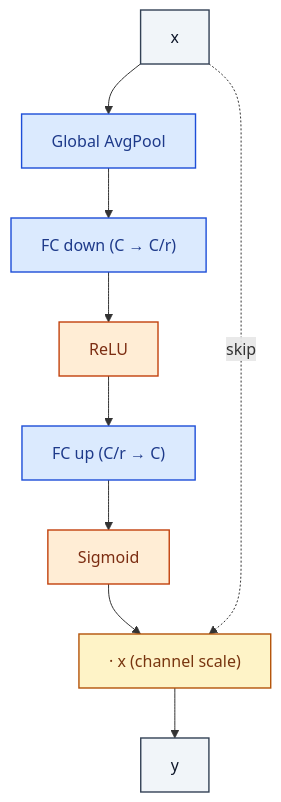
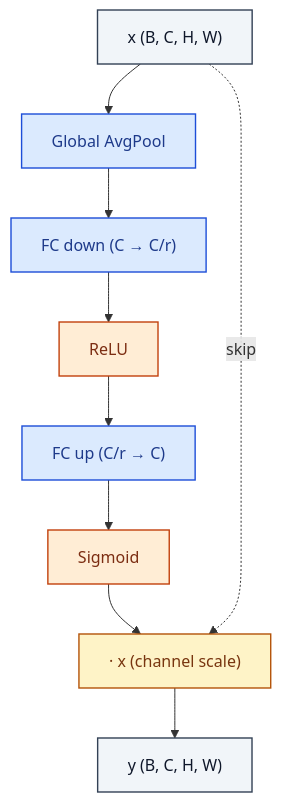
One commit to RealityShifts/Srivastava-book-of-Blocks-diagrams changed the diagram in cnn_vision/SqueezeExcitation.md. Above: the diagram before and after it, drawn with Mermaid. The commit also changed 123 other files, not shown here.

````diff
--- a/cnn_vision/SqueezeExcitation.md
+++ b/cnn_vision/SqueezeExcitation.md
@@ -7,28 +7,29 @@
 ```mermaid
 flowchart TD
-    n0_0["x"]:::io
+    n0_0["x  (B, C, H, W)"]:::io
     n1_0["Global AvgPool"]:::op
     n2_0["FC down  (C → C/r)"]:::op
     n3_0["ReLU"]:::act
     n4_0["FC up  (C/r → C)"]:::op
     n5_0["Sigmoid"]:::act
     n6_0["· x  (channel scale)"]:::merge
-    n7_0["y"]:::io
+    n7_0["y  (B, C, H, W)"]:::io
     n0_0 --> n1_0
     n1_0 --> n2_0
     n2_0 --> n3_0
     n3_0 --> n4_0
     n4_0 --> n5_0
     n5_0 --> n6_0
     n6_0 --> n7_0
     n0_0 -. skip .-> n6_0
     classDef io fill:#f1f5f9,stroke:#334155,stroke-width:1.4px,color:#0f172a
     classDef op fill:#dbeafe,stroke:#1d4ed8,stroke-width:1.4px,color:#1e3a8a
     classDef norm fill:#dcfce7,stroke:#15803d,stroke-width:1.4px,color:#14532d
     classDef act fill:#ffedd5,stroke:#c2410c,stroke-width:1.4px,color:#7c2d12
     classDef attn fill:#ede9fe,stroke:#6d28d9,stroke-width:1.4px,color:#4c1d95
     classDef merge fill:#fef3c7,stroke:#b45309,stroke-width:1.4px,color:#78350f
     classDef emb fill:#fef9c3,stroke:#a16207,stroke-width:1.4px,color:#713f12
     classDef loss fill:#fee2e2,stroke:#b91c1c,stroke-width:1.4px,color:#7f1d1d
     classDef ctrl fill:#f5f5f4,stroke:#52525b,stroke-width:1.4px,color:#27272a
+    classDef ref fill:#e0f2fe,stroke:#0369a1,stroke-width:2px,color:#0c4a6e,stroke-dasharray: 4 2
 ```
````
